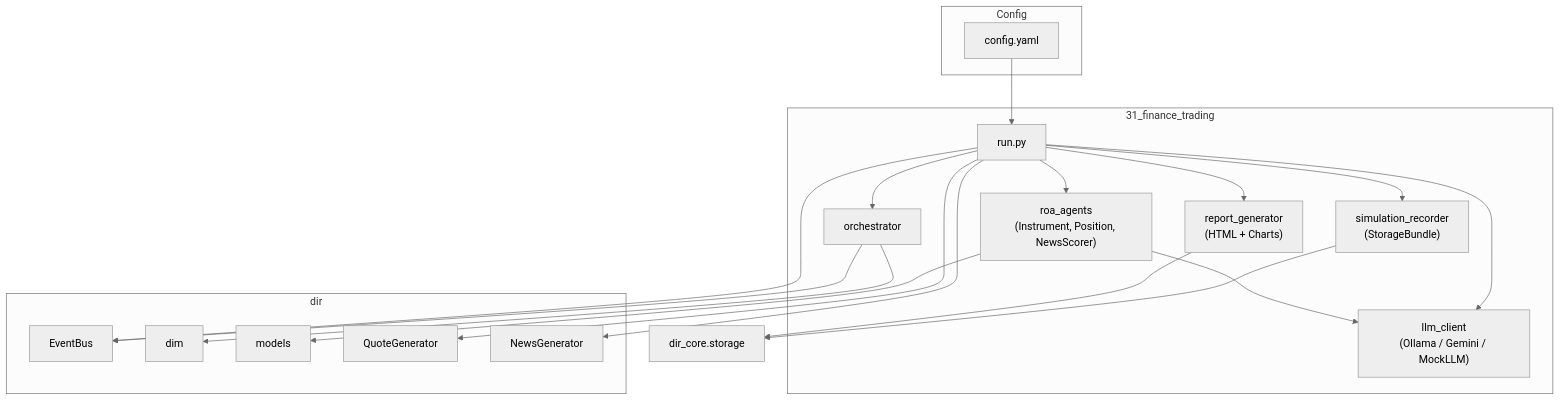
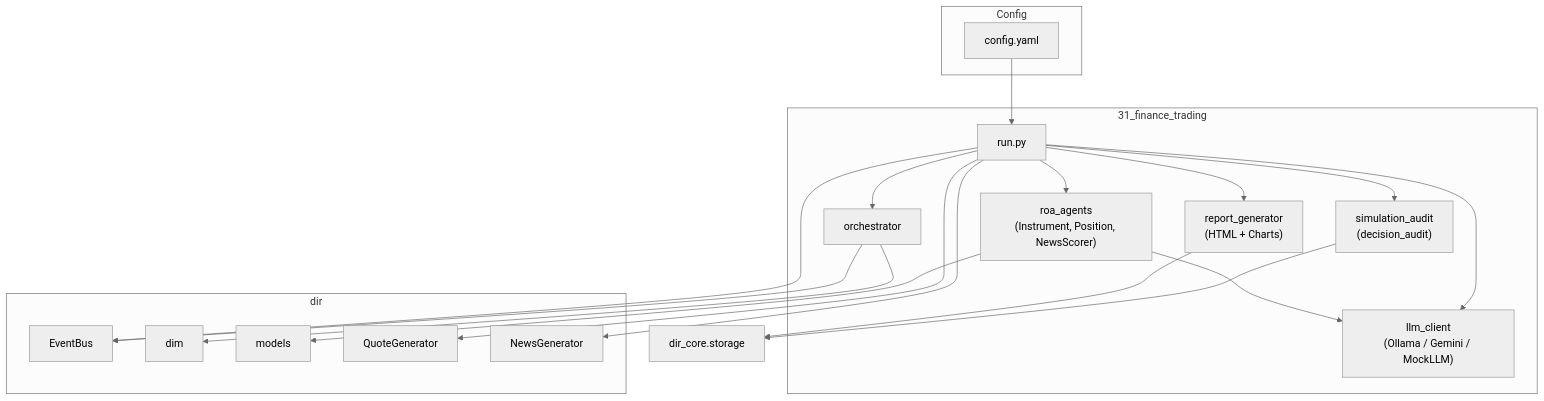
Before and after one commit to huka81/decision-intelligence-runtime: the seventh of 7 diagrams in samples/31_finance_trading/README.md, drawn with Mermaid (neutral theme). The commit also changed other lines of this file and 15 other files, not shown here.

````diff
--- a/samples/31_finance_trading/README.md
+++ b/samples/31_finance_trading/README.md
@@ -670,39 +670,39 @@
 ```mermaid
 flowchart TB
     subgraph Config
         YAML["config.yaml"]
     end
 
     subgraph Sample["31_finance_trading"]
         Run["run.py"]
         LLM["llm_client\n(Ollama / Gemini / MockLLM)"]
         ROA["roa_agents\n(Instrument, Position, NewsScorer)"]
         Orch["orchestrator"]
-        Rec["simulation_recorder\n(StorageBundle)"]
+        Rec["simulation_audit\n(decision_audit)"]
         Rep["report_generator\n(HTML + Charts)"]
     end
 
     subgraph Dir["dir"]
         Bus["EventBus"]
         DIM["dim"]
         Models["models"]
         QGen["QuoteGenerator"]
         NGen["NewsGenerator"]
     end
 
     YAML --> Run
     Run --> LLM
     Run --> ROA
     Run --> Orch
     Run --> QGen
     Run --> NGen
     Run --> Rec
     Run --> Rep
     Rec --> DB["dir_core.storage"]
     Rep --> DB
     ROA --> LLM
     ROA --> Models
     Orch --> Bus
     Orch --> DIM
     Run --> Bus
 ```
````
